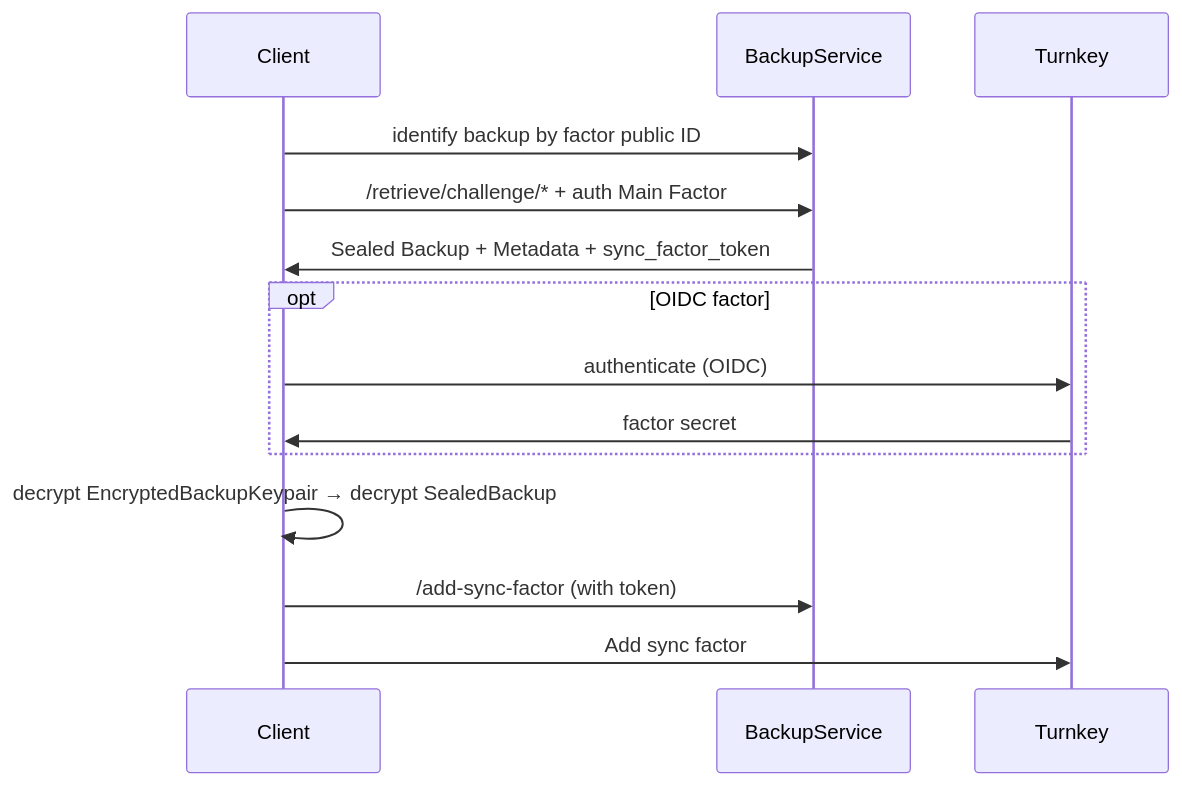
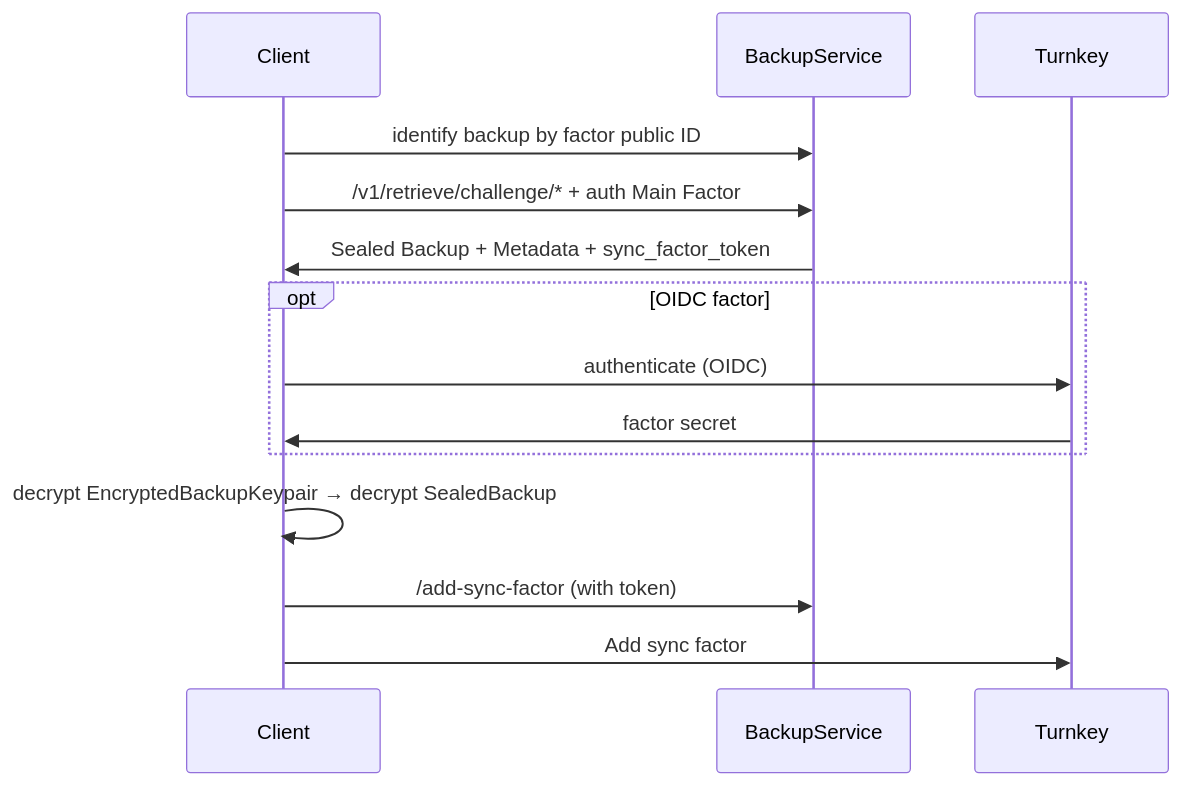
Before and after one commit to toolsforhumanity/docs: the second of 2 diagrams in world-app/backup/flows.mdx, drawn with Mermaid. The commit also changed other lines of this file and 4 other files, not shown here.

````diff
--- a/world-app/backup/flows.mdx
+++ b/world-app/backup/flows.mdx
@@ -48,16 +48,16 @@
 ```mermaid
 sequenceDiagram
     participant Client
     participant BackupService
     participant Turnkey
     Client->>BackupService: identify backup by factor public ID
-    Client->>BackupService: /retrieve/challenge/* + auth Main Factor
+    Client->>BackupService: /v1/retrieve/challenge/* + auth Main Factor
     BackupService->>Client: Sealed Backup + Metadata + sync_factor_token
     opt OIDC factor
         Client->>Turnkey: authenticate (OIDC)
         Turnkey->>Client: factor secret
     end
     Client->>Client: decrypt EncryptedBackupKeypair → decrypt SealedBackup
     Client->>BackupService: /add-sync-factor (with token)
     Client->>Turnkey: Add sync factor
 ```
````
